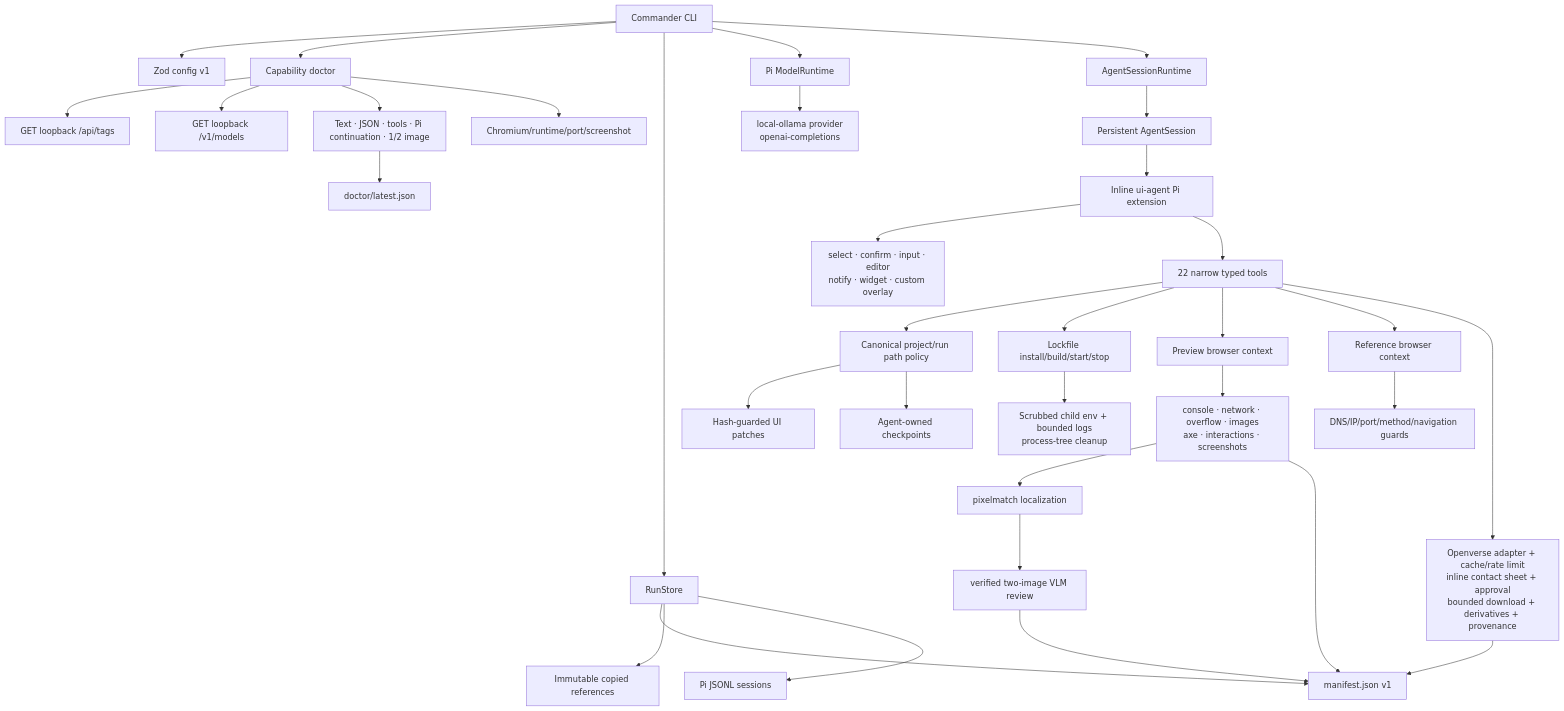
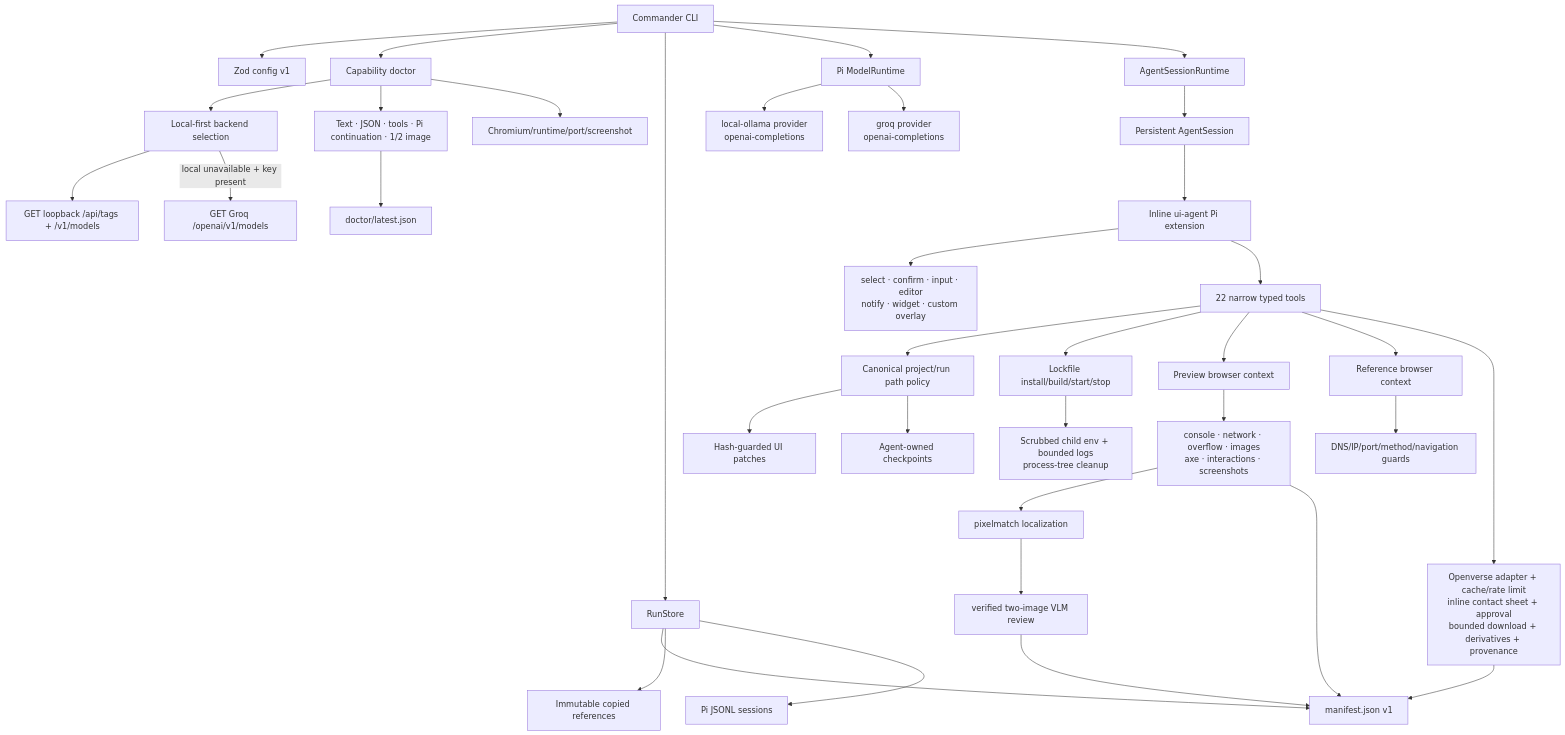
Before and after one commit to yashvardhan-unlimited/UI-Recreation-Agent: the second of 3 diagrams in docs/architecture.md, drawn with Mermaid. The commit also changed other lines of this file and 51 other files, not shown here.

````diff
--- a/docs/architecture.md
+++ b/docs/architecture.md
@@ -28,39 +28,41 @@
 ```mermaid
 flowchart TD
   CLI[Commander CLI] --> CFG[Zod config v1]
   CLI --> DOC[Capability doctor]
-  DOC --> TAGS[GET loopback /api/tags]
-  DOC --> MODELS[GET loopback /v1/models]
+  DOC --> ROUTE[Local-first backend selection]
+  ROUTE --> TAGS[GET loopback /api/tags + /v1/models]
+  ROUTE -->|local unavailable + key present| GROQ[GET Groq /openai/v1/models]
   DOC --> CAPS[Text · JSON · tools · Pi continuation · 1/2 image]
   DOC --> BROW[Chromium/runtime/port/screenshot]
   CAPS --> DCACHE[doctor/latest.json]
 
   CLI --> STORE[RunStore]
   STORE --> MAN[manifest.json v1]
   STORE --> REFS[Immutable copied references]
   STORE --> SESS[Pi JSONL sessions]
 
   CLI --> MRT[Pi ModelRuntime]
   MRT --> LOCAL[local-ollama provider<br/>openai-completions]
+  MRT --> GROQP[groq provider<br/>openai-completions]
   CLI --> ASR[AgentSessionRuntime]
   ASR --> SESSION[Persistent AgentSession]
   SESSION --> EXT[Inline ui-agent Pi extension]
   EXT --> UI[select · confirm · input · editor<br/>notify · widget · custom overlay]
   EXT --> TOOLS[22 narrow typed tools]
 
   TOOLS --> PATH[Canonical project/run path policy]
   PATH --> PATCH[Hash-guarded UI patches]
   PATH --> CHECK[Agent-owned checkpoints]
   TOOLS --> PREV[Lockfile install/build/start/stop]
   PREV --> PROC[Scrubbed child env + bounded logs<br/>process-tree cleanup]
   TOOLS --> PB[Preview browser context]
   TOOLS --> RB[Reference browser context]
   RB --> SSRF[DNS/IP/port/method/navigation guards]
   PB --> QA[console · network · overflow · images<br/>axe · interactions · screenshots]
   QA --> DIFF[pixelmatch localization]
   DIFF --> VLM[verified two-image VLM review]
   TOOLS --> IMG[Openverse adapter + cache/rate limit<br/>inline contact sheet + approval<br/>bounded download + derivatives + provenance]
   QA --> MAN
   VLM --> MAN
   IMG --> MAN
 ```
````
